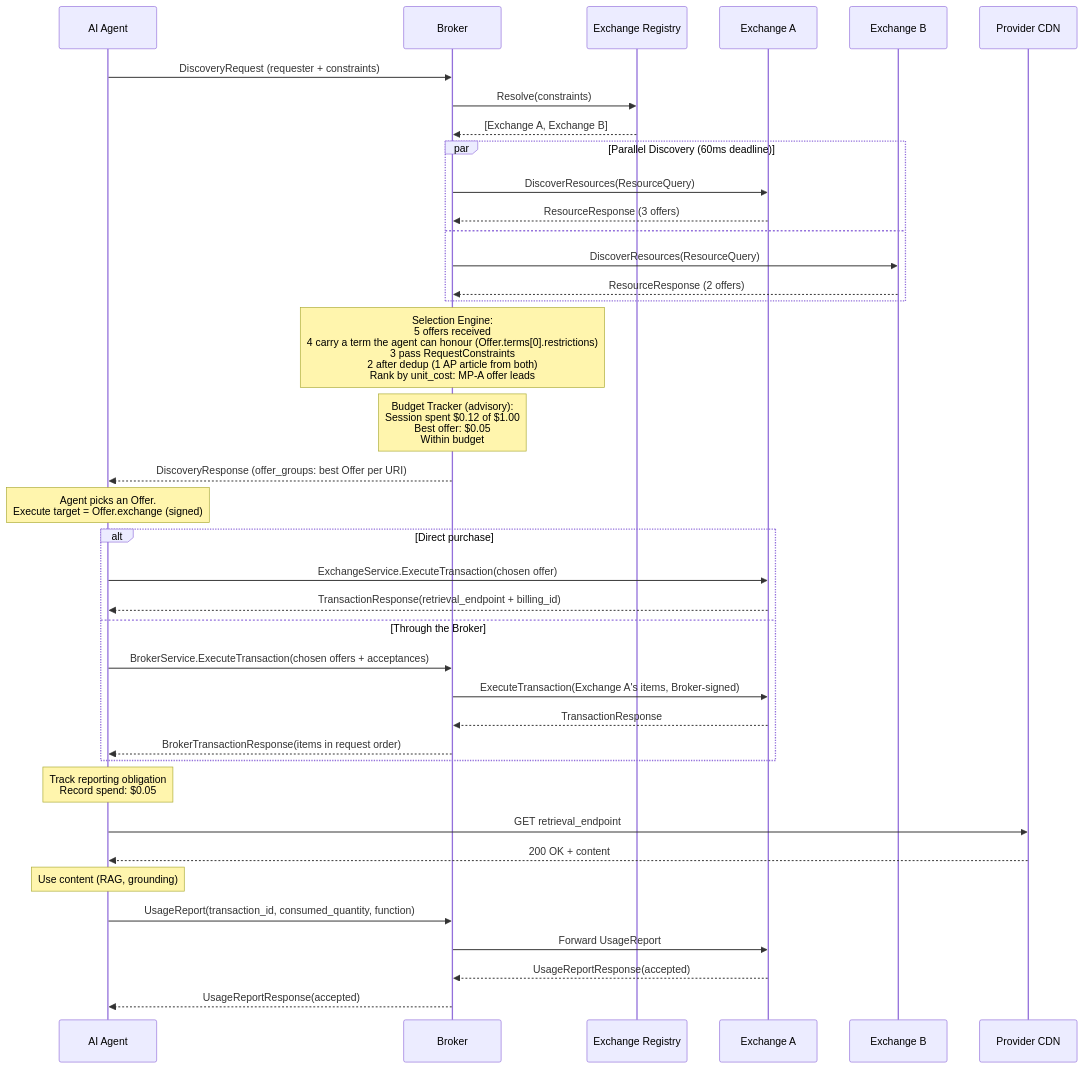
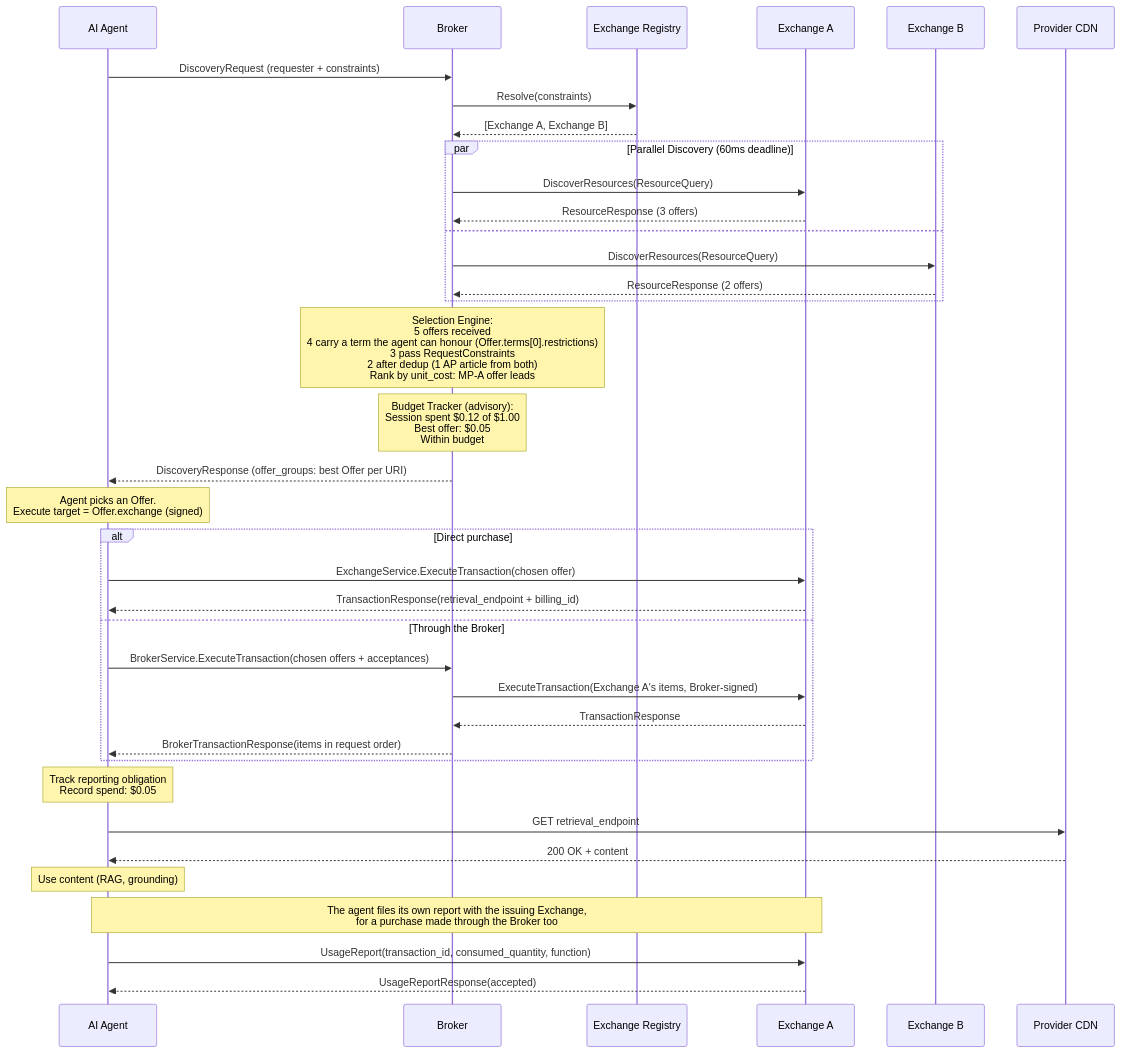
Before and after one commit to FORA-Protocol/protocol: the second of 2 diagrams in website/src/content/docs/components/broker/overview.mdx, drawn with Mermaid. The commit also changed other lines of this file and 14 other files, not shown here.

First line of the commit message:
Drop the Broker's report and dispute relay, and bill the agent, in the guides

````diff
--- a/website/src/content/docs/components/broker/overview.mdx
+++ b/website/src/content/docs/components/broker/overview.mdx
@@ -305,52 +298,51 @@
 ```mermaid
 sequenceDiagram
     participant Agent as AI Agent
     participant Orch as Broker
     participant Reg as Exchange Registry
     participant MPA as Exchange A
     participant MPB as Exchange B
     participant CDN as Provider CDN
 
     Agent->>Orch: DiscoveryRequest (requester + constraints)
 
     Orch->>Reg: Resolve(constraints)
     Reg-->>Orch: [Exchange A, Exchange B]
 
     par Parallel Discovery (60ms deadline)
         Orch->>MPA: DiscoverResources(ResourceQuery)
         MPA-->>Orch: ResourceResponse (3 offers)
     and
         Orch->>MPB: DiscoverResources(ResourceQuery)
         MPB-->>Orch: ResourceResponse (2 offers)
     end
 
     Note over Orch: Selection Engine:<br/>5 offers received<br/>4 carry a term the agent can honour (Offer.terms[0].restrictions)<br/>3 pass RequestConstraints<br/>2 after dedup (1 AP article from both)<br/>Rank by unit_cost: MP-A offer leads
 
     Note over Orch: Budget Tracker (advisory):<br/>Session spent $0.12 of $1.00<br/>Best offer: $0.05<br/>Within budget
 
     Orch-->>Agent: DiscoveryResponse (offer_groups: best Offer per URI)
 
     Note over Agent: Agent picks an Offer.<br/>Execute target = Offer.exchange (signed)
 
     alt Direct purchase
         Agent->>MPA: ExchangeService.ExecuteTransaction(chosen offer)
         MPA-->>Agent: TransactionResponse(retrieval_endpoint + billing_id)
     else Through the Broker
         Agent->>Orch: BrokerService.ExecuteTransaction(chosen offers + acceptances)
         Orch->>MPA: ExecuteTransaction(Exchange A's items, Broker-signed)
         MPA-->>Orch: TransactionResponse
         Orch-->>Agent: BrokerTransactionResponse(items in request order)
     end
 
     Note over Agent: Track reporting obligation<br/>Record spend: $0.05
 
     Agent->>CDN: GET retrieval_endpoint
     CDN-->>Agent: 200 OK + content
 
     Note over Agent: Use content (RAG, grounding)
 
-    Agent->>Orch: UsageReport(transaction_id, consumed_quantity, function)
-    Orch->>MPA: Forward UsageReport
-    MPA-->>Orch: UsageReportResponse(accepted)
-    Orch-->>Agent: UsageReportResponse(accepted)
+    Note over Agent,MPA: The agent files its own report with the issuing Exchange,<br/>for a purchase made through the Broker too
+    Agent->>MPA: UsageReport(transaction_id, consumed_quantity, function)
+    MPA-->>Agent: UsageReportResponse(accepted)
 ```
````
